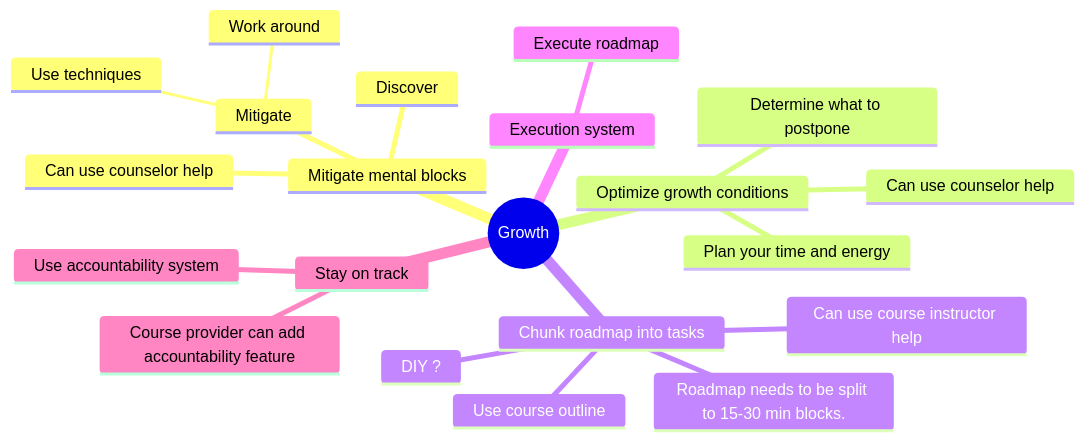
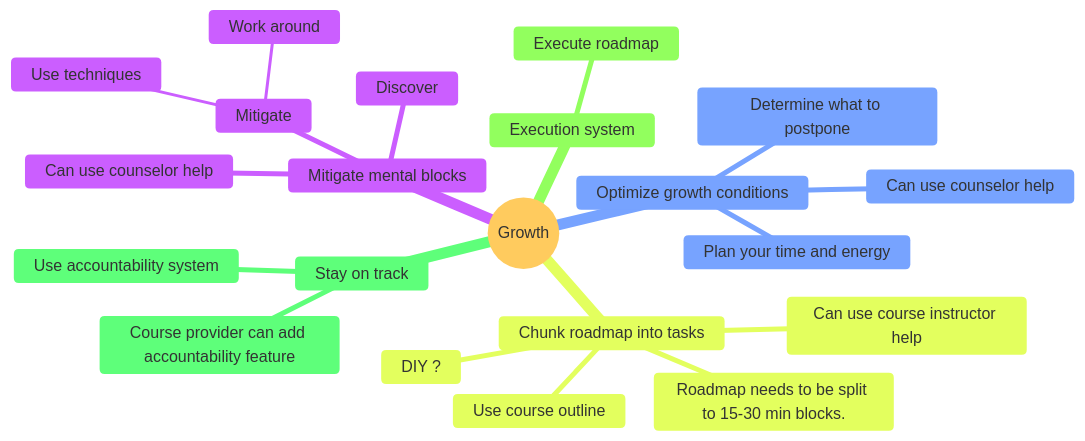
One commit to kalyanmysore/WindsBeneathOurWings changed the diagram in SustainingWinds.md. Above: the diagram before and after it, drawn with Mermaid. The commit also changed other lines of this file, not shown here.

Commit message:
changing diagram background for readability

````diff
--- a/SustainingWinds.md
+++ b/SustainingWinds.md
@@ -128,27 +128,29 @@
 ```mermaid
+%%{init: { 'theme': 'base', 'themeVariables': { 'background': '#ff0000' } } }%%
+
 mindmap
   root((Growth))
     Mitigate mental blocks
         Discover
         Mitigate
             Work around
             Use techniques
         Can use counselor help
 
     Optimize growth conditions
         Plan your time and energy
         Determine what to postpone
         Can use counselor help
     Chunk roadmap into tasks
         Roadmap needs to be split to 15-30 min blocks.
         DIY ?
         Use course outline
         Can use course instructor help
     Execution system
         Execute roadmap
     Stay on track 
         Use accountability system
         Course provider can add accountability feature
 
         
    ```
````
